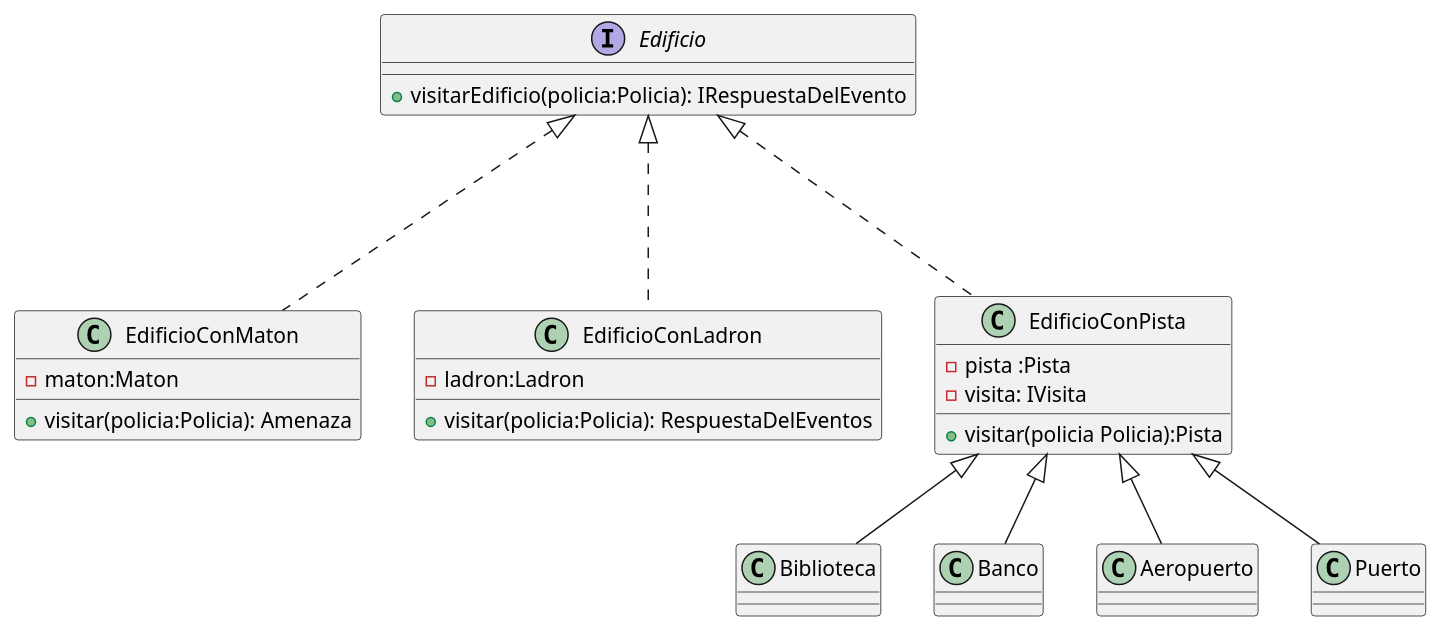
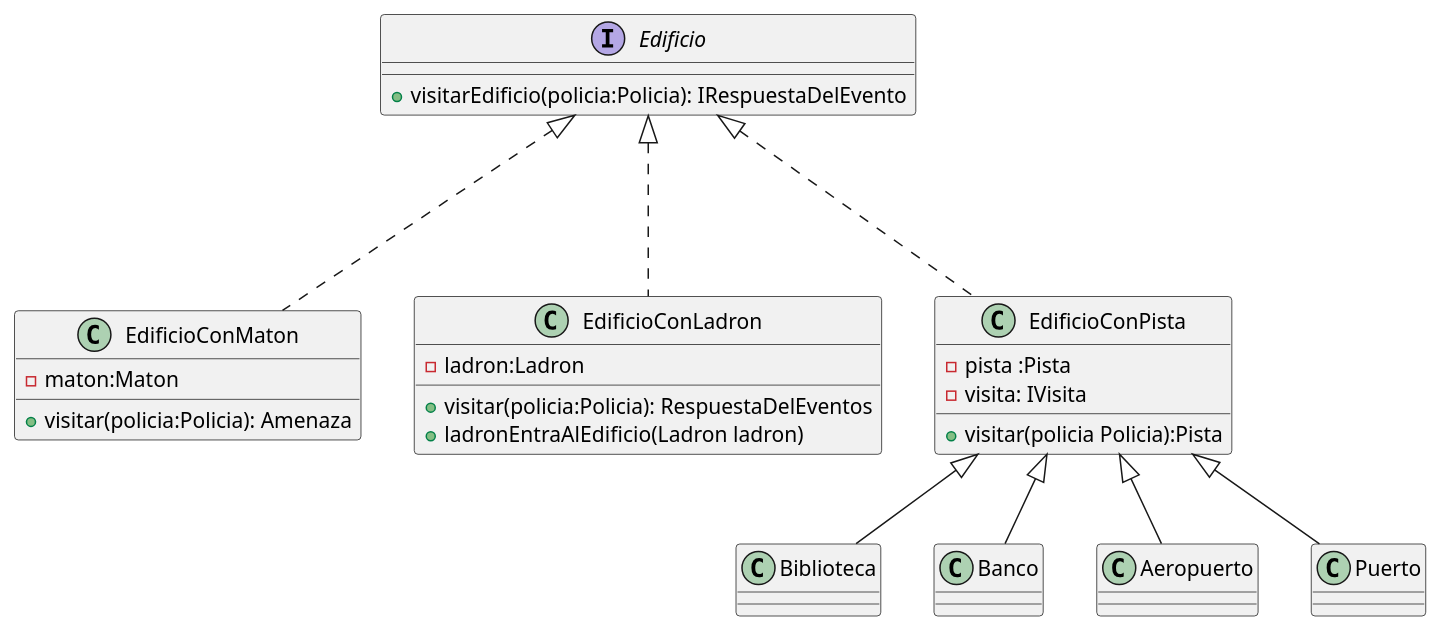
The diagram in diagrams/classes/dc_edificio.plantuml (SeleneMartinez/Algo3_AlgoThief), drawn with PlantUML before and after one commit. The commit also changed 5 other files, not shown here.

Commit message:
agrego un diagrama de clase y modifico otros

```diff
--- a/diagrams/classes/dc_edificio.plantuml
+++ b/diagrams/classes/dc_edificio.plantuml
@@ -1,55 +1,56 @@
 @startuml
 
 interface Edificio
 {
     + visitarEdificio(policia:Policia): IRespuestaDelEvento
 }
 class EdificioConMaton
 {
     - maton:Maton
     +visitar(policia:Policia): Amenaza
 }
 class EdificioConLadron
 {
     - ladron:Ladron
     + visitar(policia:Policia): RespuestaDelEventos
+    + ladronEntraAlEdificio(Ladron ladron)
 }
 
 class Biblioteca
 {
 
 }
 
 class Banco
 {
 
 }
 
 class Aeropuerto
 {
 
 }
 class Puerto
 {
 
 }
 
 
 class EdificioConPista
 {
     - pista :Pista
     - visita: IVisita
     + visitar(policia Policia):Pista
 }
 
 EdificioConPista<|-- Banco
 EdificioConPista<|-- Aeropuerto
 EdificioConPista<|-- Puerto
 EdificioConPista<|-- Biblioteca
 
 Edificio <|... EdificioConLadron
 Edificio <|... EdificioConMaton
 Edificio <|... EdificioConPista
 
 
 @enduml
```
